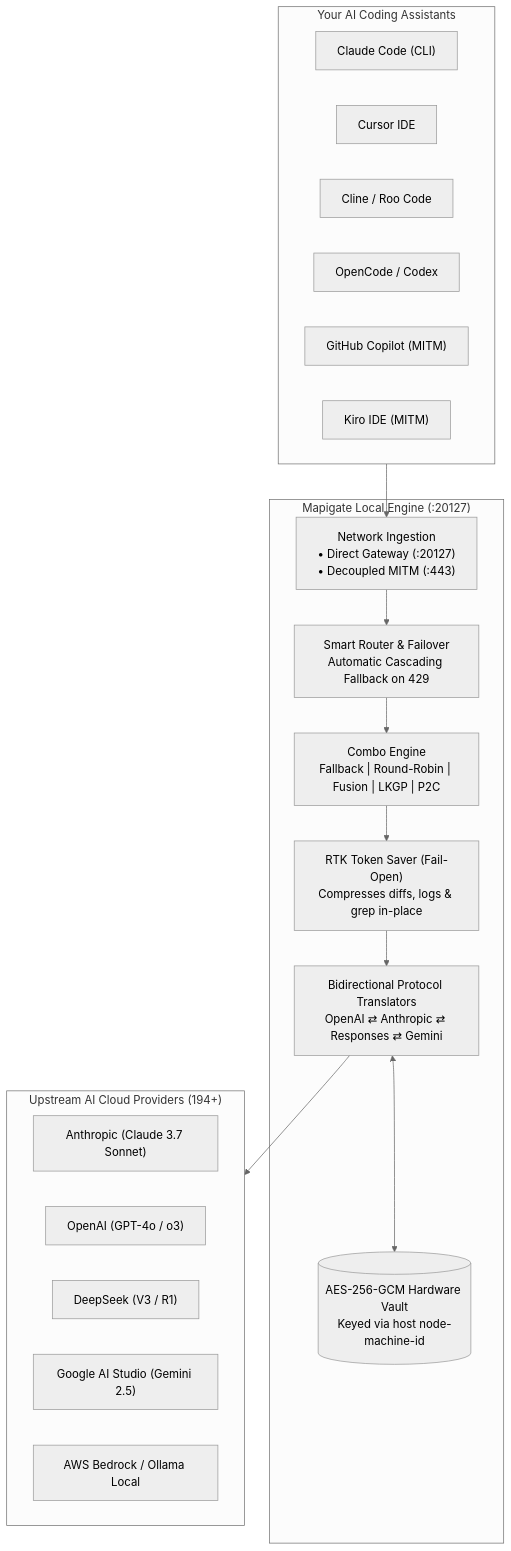
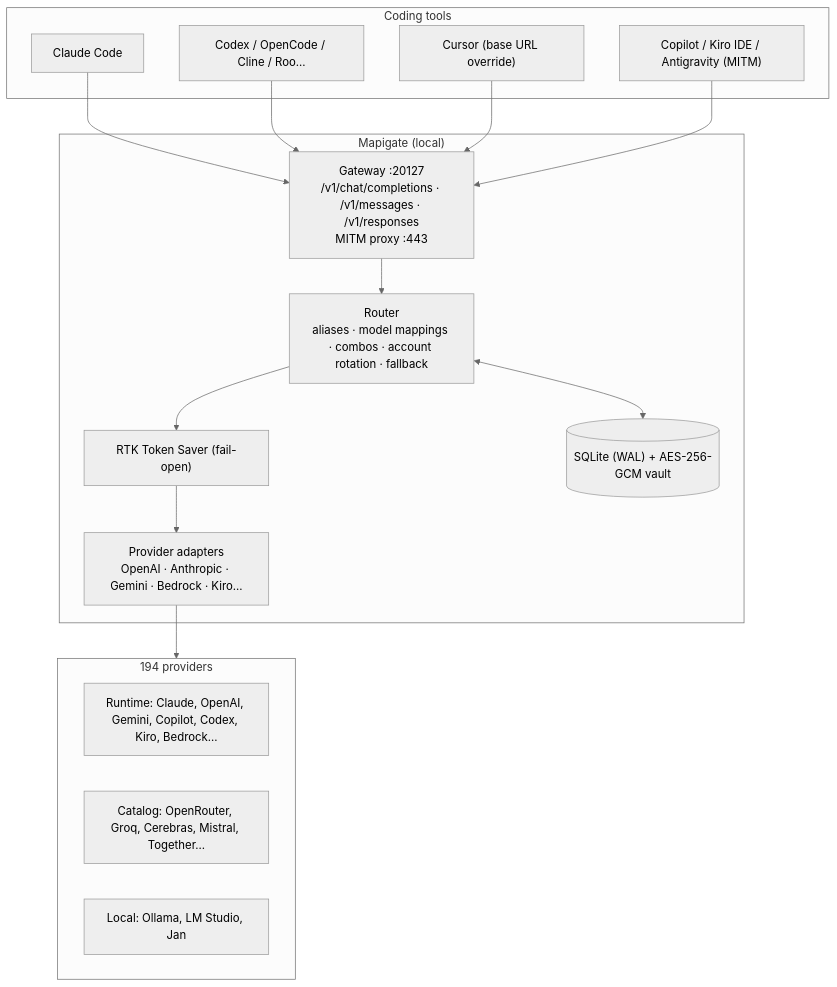
One commit to joutvhu/mapigate changed the first of 4 diagrams in README.md. Above: the diagram before and after it, drawn with Mermaid (neutral theme). The commit also changed other lines of this file, not shown here.

Commit message:
docs: streamline README overview and architecture section
- Revise project tagline and description for conciseness and clarity
- Replace introductory section with "What is Mapigate?" and an "At a glance" summary table
- Simplify problem statements addressing token bloat, rate limits, fragmented configuration, and closed tools
- Update Mermaid architecture diagram labels to accurately reflect supported APIs, tools, and storage engine
- Update header navigation links to match renamed sectionsdocs: streamline project overview and architecture in README
- Clarify core value proposition and supported API protocols in the header
- Add "At a glance" summary table covering APIs, providers, routing, and tools
- Condense problem statements to make the overview more concise
- Simplify Mermaid architecture diagram labels and component relationships

````diff
--- a/README.md
+++ b/README.md
@@ -39,36 +49,28 @@
 ```mermaid
 graph TD
-    subgraph CLIENTS["Your AI Coding Assistants"]
-        C1["Claude Code (CLI)"]
-        C2["Cursor IDE"]
-        C3["Cline / Roo Code"]
-        C4["OpenCode / Codex"]
-        C5["GitHub Copilot (MITM)"]
-        C6["Kiro IDE (MITM)"]
+    subgraph CLIENTS["Coding tools"]
+        C1["Claude Code"]
+        C2["Codex / OpenCode / Cline / Roo..."]
+        C3["Cursor (base URL override)"]
+        C4["Copilot / Kiro IDE / Antigravity (MITM)"]
     end
 
-    subgraph MAPIGATE["Mapigate Local Engine (:20127)"]
-        INGEST["Network Ingestion<br/>• Direct Gateway (:20127)<br/>• Decoupled MITM (:443)"]
-        ROUTER["Smart Router & Failover<br/>Automatic Cascading Fallback on 429"]
-        RTK["RTK Token Saver (Fail-Open)<br/>Compresses diffs, logs & grep in-place"]
-        COMBO["Combo Engine<br/>Fallback | Round-Robin | Fusion | LKGP | P2C"]
-        ADAPTER["Bidirectional Protocol Translators<br/>OpenAI ⇄ Anthropic ⇄ Responses ⇄ Gemini"]
-        VAULT[("AES-256-GCM Hardware Vault<br/>Keyed via host node-machine-id")]
+    subgraph MAPIGATE["Mapigate (local)"]
+        INGEST["Gateway :20127<br/>/v1/chat/completions · /v1/messages · /v1/responses<br/>MITM proxy :443"]
+        ROUTER["Router<br/>aliases · model mappings · combos · account rotation · fallback"]
+        RTK["RTK Token Saver (fail-open)"]
+        ADAPTER["Provider adapters<br/>OpenAI · Anthropic · Gemini · Bedrock · Kiro..."]
+        VAULT[("SQLite (WAL) + AES-256-GCM vault")]
     end
 
-    subgraph UPSTREAM["Upstream AI Cloud Providers (194+)"]
-        P1["Anthropic (Claude 3.7 Sonnet)"]
-        P2["OpenAI (GPT-4o / o3)"]
-        P3["DeepSeek (V3 / R1)"]
-        P4["Google AI Studio (Gemini 2.5)"]
-        P5["AWS Bedrock / Ollama Local"]
+    subgraph UPSTREAM["194 providers"]
+        P1["Runtime: Claude, OpenAI, Gemini, Copilot, Codex, Kiro, Bedrock..."]
+        P2["Catalog: OpenRouter, Groq, Cerebras, Mistral, Together..."]
+        P3["Local: Ollama, LM Studio, Jan"]
     end
 
-    CLIENTS --> INGEST
-    INGEST --> ROUTER
-    ROUTER --> COMBO
-    COMBO --> RTK
-    RTK --> ADAPTER
-    ADAPTER <--> VAULT
-    ADAPTER --> UPSTREAM
+    C1 & C2 & C3 --> INGEST
+    C4 --> INGEST
+    INGEST --> ROUTER --> RTK --> ADAPTER --> UPSTREAM
+    ROUTER <--> VAULT
 ```
````
